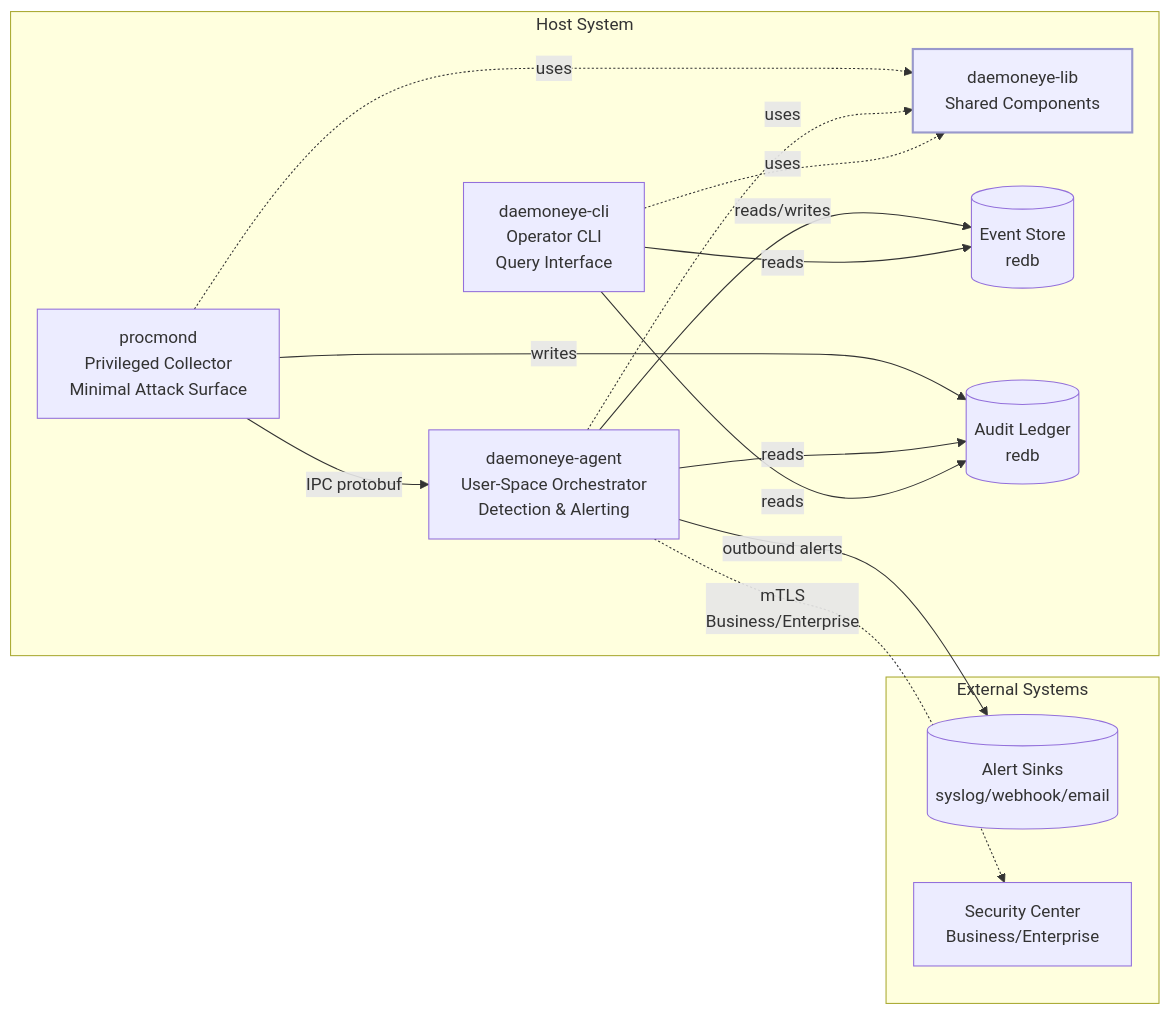
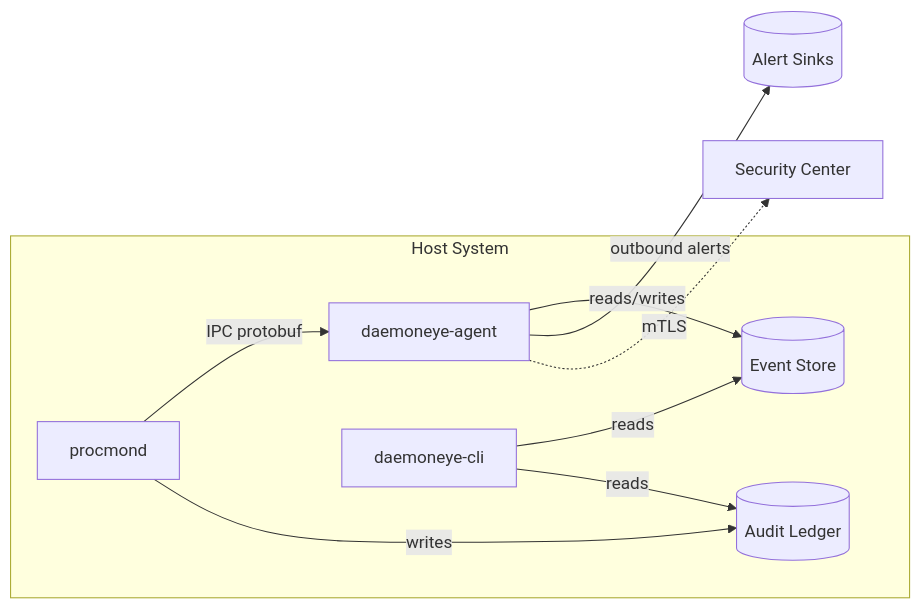
The diagram in AGENTS.md (EvilBit-Labs/DaemonEye), drawn with Mermaid before and after one commit. The commit also changed other lines of this file and 260 other files, not shown here.

````diff
--- a/AGENTS.md
+++ b/AGENTS.md
@@ -142,33 +82,11 @@
 ```mermaid
 flowchart LR
     subgraph "Host System"
-        P[procmond<br/>Privileged Collector<br/>Minimal Attack Surface]
-        A[daemoneye-agent<br/>User-Space Orchestrator<br/>Detection & Alerting]
-        C[daemoneye-cli<br/>Operator CLI<br/>Query Interface]
-        L[daemoneye-lib<br/>Shared Components]:::lib
-
-        DB1[(Event Store<br/>redb)]
-        DB2[(Audit Ledger<br/>redb)]
+        P[procmond] -->|IPC protobuf| A[daemoneye-agent]
+        A -->|reads/writes| DB1[(Event Store)]
+        P -->|writes| DB2[(Audit Ledger)]
+        C[daemoneye-cli] -->|reads| DB1 & DB2
     end
-
-    subgraph "External Systems"
-        EXT[(Alert Sinks<br/>syslog/webhook/email)]
-        SC[Security Center<br/>Business/Enterprise]
-    end
-
-    P -->|IPC protobuf| A
-    P -->|writes| DB2
-    A -->|reads/writes| DB1
-    A -->|reads| DB2
-    C -->|reads| DB1
-    C -->|reads| DB2
-
-    A -->|outbound alerts| EXT
-    A -.->|mTLS<br/>Business/Enterprise| SC
-
-    P -.->|uses| L
-    A -.->|uses| L
-    C -.->|uses| L
-
-    classDef lib fill:#eef,stroke:#99c,stroke-width:2px
+    A -->|outbound alerts| EXT[(Alert Sinks)]
+    A -.->|mTLS| SC[Security Center]
 ```
````
